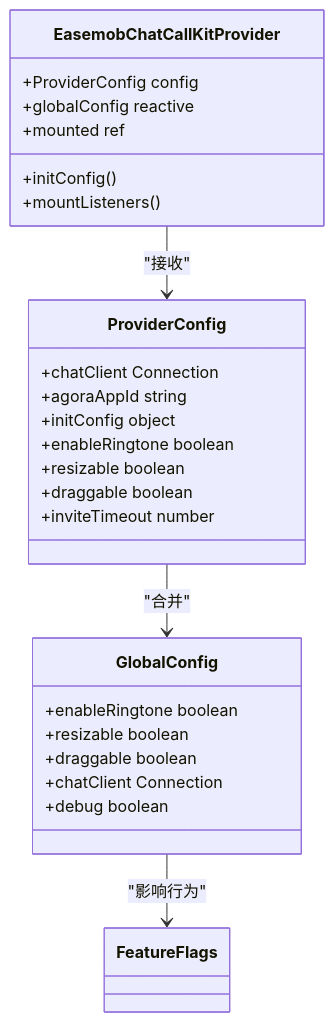
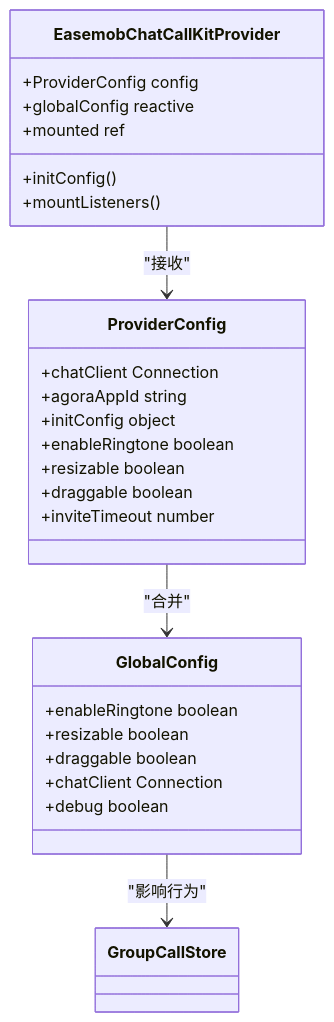
One commit to Easemob-Community/easemob-uikit-callkit-vue3 changed the sixth of 8 diagrams in .qoder/repowiki/zh/content/高级功能/功能开关系统.md. Above: the diagram before and after it, drawn with Mermaid. The commit also changed other lines of this file and 40 other files, not shown here.

````diff
--- a/.qoder/repowiki/zh/content/高级功能/功能开关系统.md
+++ b/.qoder/repowiki/zh/content/高级功能/功能开关系统.md
@@ -235,29 +276,29 @@
 ```mermaid
 classDiagram
 class EasemobChatCallKitProvider {
 +ProviderConfig config
 +globalConfig reactive
 +mounted ref
 +initConfig()
 +mountListeners()
 }
 class ProviderConfig {
 +chatClient Connection
 +agoraAppId string
 +initConfig object
 +enableRingtone boolean
 +resizable boolean
 +draggable boolean
 +inviteTimeout number
 }
 class GlobalConfig {
 +enableRingtone boolean
 +resizable boolean
 +draggable boolean
 +chatClient Connection
 +debug boolean
 }
 EasemobChatCallKitProvider --> ProviderConfig : "接收"
 ProviderConfig --> GlobalConfig : "合并"
-GlobalConfig --> FeatureFlags : "影响行为"
+GlobalConfig --> GroupCallStore : "影响行为"
 ```
````
